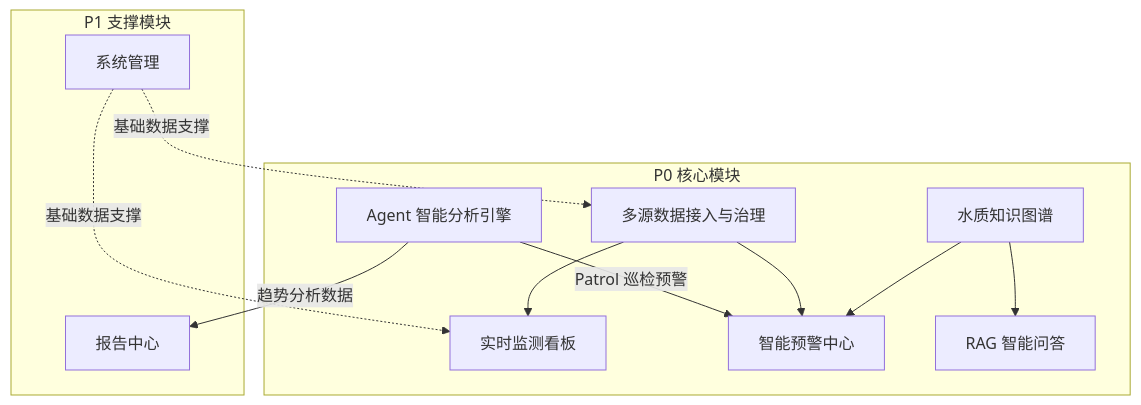
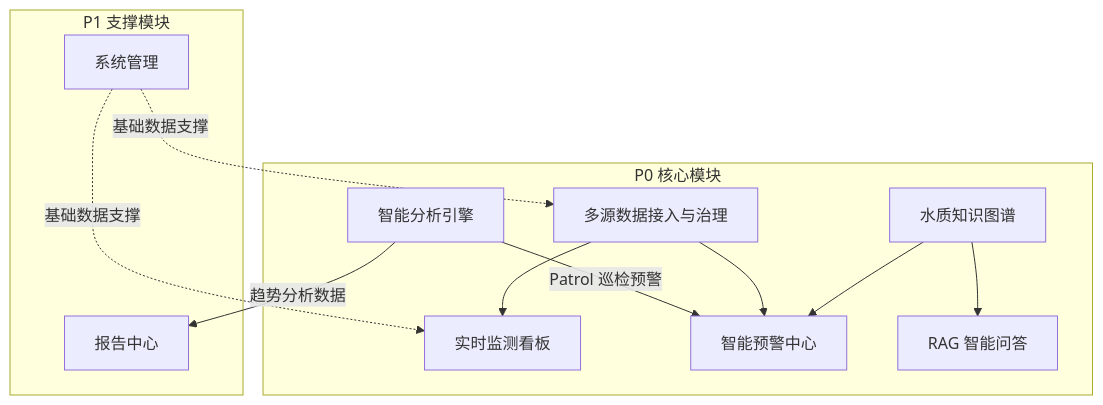
Before and after one commit to ddll8023/water_agent: the diagram in doc/水库水质智慧监测平台_前端驱动功能模块与接口设计.md, drawn with Mermaid. The commit also changed other lines of this file and 17 other files, not shown here.

````diff
--- a/doc/水库水质智慧监测平台_前端驱动功能模块与接口设计.md
+++ b/doc/水库水质智慧监测平台_前端驱动功能模块与接口设计.md
@@ -9,25 +9,25 @@
 ```mermaid
 graph TB
     subgraph P0 核心模块
         M1[多源数据接入与治理]
         M2[实时监测看板]
         M3[智能预警中心]
         M4[RAG 智能问答]
         M5[水质知识图谱]
-        M6[Agent 智能分析引擎]
+        M6[智能分析引擎]
     end
 
     subgraph P1 支撑模块
         M7[报告中心]
         M8[系统管理]
     end
 
     M6 -->|Patrol 巡检预警| M3
     M6 -->|趋势分析数据| M7
     M1 --> M2
     M1 --> M3
     M5 --> M3
     M5 --> M4
     M8 -.->|基础数据支撑| M1
     M8 -.->|基础数据支撑| M2
 ```
````
